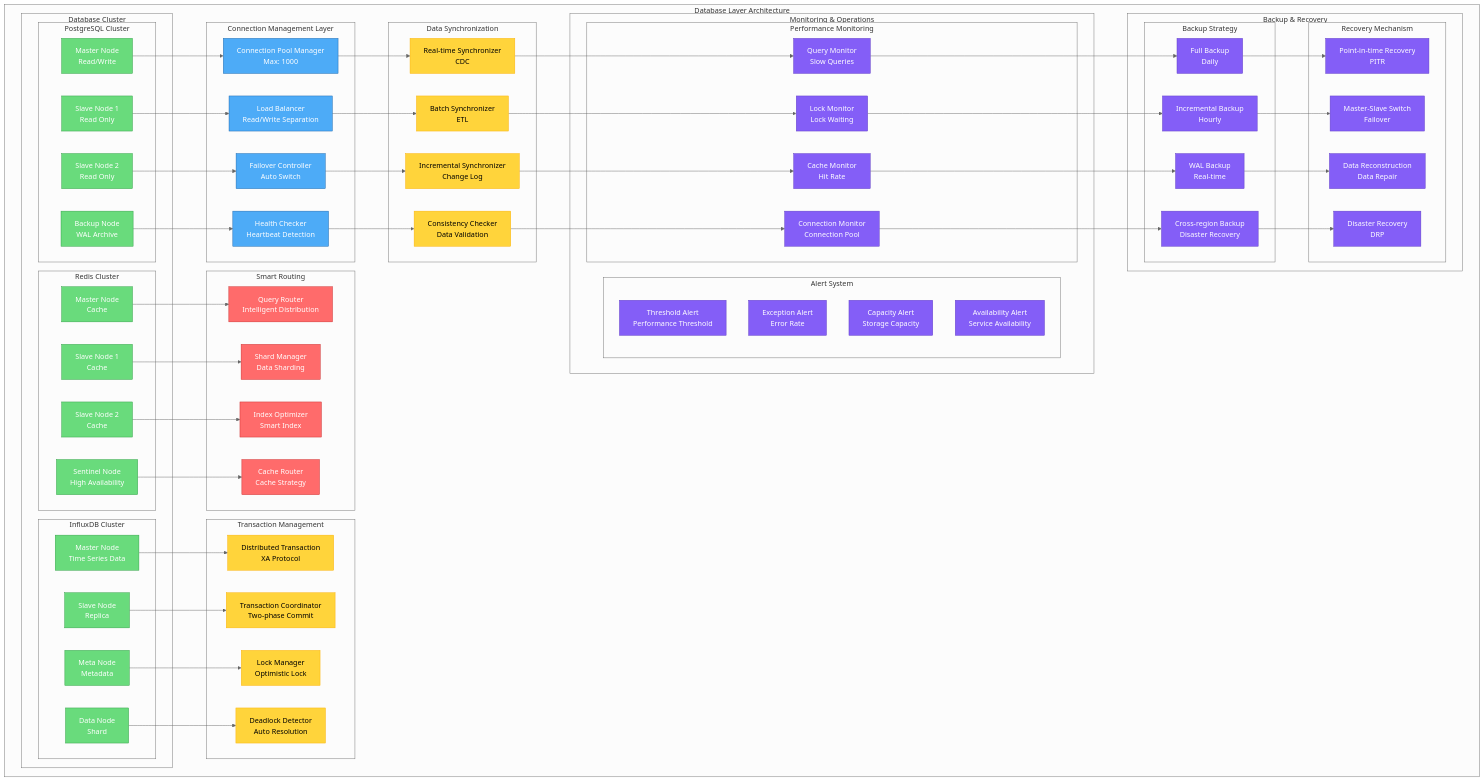
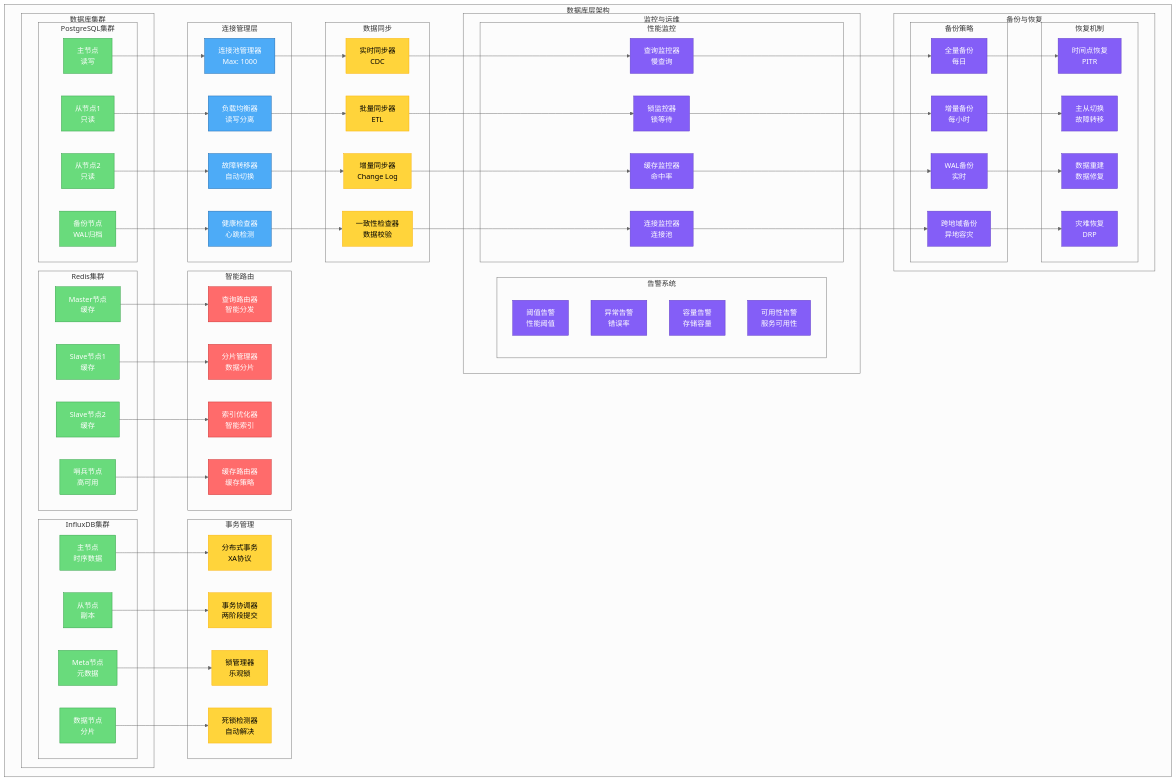
Before and after one commit to zcxGGmu/DeepAlpha: the tenth of 12 diagrams in README.zh.md, drawn with Mermaid (neutral theme). The commit also changed other lines of this file and 1 other file, not shown here.

````diff
--- a/README.zh.md
+++ b/README.zh.md
@@ -1193,86 +1192,86 @@
 ```mermaid
 graph TB
-    subgraph "Database Layer Architecture"
-        subgraph "Database Cluster"
-            subgraph "PostgreSQL Cluster"
-                PG1[Master Node<br/>Read/Write]
-                PG2[Slave Node 1<br/>Read Only]
-                PG3[Slave Node 2<br/>Read Only]
-                PG4[Backup Node<br/>WAL Archive]
+    subgraph "数据库层架构"
+        subgraph "数据库集群"
+            subgraph "PostgreSQL集群"
+                PG1[主节点<br/>读写]
+                PG2[从节点1<br/>只读]
+                PG3[从节点2<br/>只读]
+                PG4[备份节点<br/>WAL归档]
             end
 
-            subgraph "Redis Cluster"
-                RD1[Master Node<br/>Cache]
-                RD2[Slave Node 1<br/>Cache]
-                RD3[Slave Node 2<br/>Cache]
-                RD4[Sentinel Node<br/>High Availability]
+            subgraph "Redis集群"
+                RD1[Master节点<br/>缓存]
+                RD2[Slave节点1<br/>缓存]
+                RD3[Slave节点2<br/>缓存]
+                RD4[哨兵节点<br/>高可用]
             end
 
-            subgraph "InfluxDB Cluster"
-                ID1[Master Node<br/>Time Series Data]
-                ID2[Slave Node<br/>Replica]
-                ID3[Meta Node<br/>Metadata]
-                ID4[Data Node<br/>Shard]
+            subgraph "InfluxDB集群"
+                ID1[主节点<br/>时序数据]
+                ID2[从节点<br/>副本]
+                ID3[Meta节点<br/>元数据]
+                ID4[数据节点<br/>分片]
             end
         end
 
-        subgraph "Connection Management Layer"
-            CM1[Connection Pool Manager<br/>Max: 1000]
-            CM2[Load Balancer<br/>Read/Write Separation]
-            CM3[Failover Controller<br/>Auto Switch]
-            CM4[Health Checker<br/>Heartbeat Detection]
+        subgraph "连接管理层"
+            CM1[连接池管理器<br/>Max: 1000]
+            CM2[负载均衡器<br/>读写分离]
+            CM3[故障转移器<br/>自动切换]
+            CM4[健康检查器<br/>心跳检测]
         end
 
-        subgraph "Smart Routing"
-            IR1[Query Router<br/>Intelligent Distribution]
-            IR2[Shard Manager<br/>Data Sharding]
-            IR3[Index Optimizer<br/>Smart Index]
-            IR4[Cache Router<br/>Cache Strategy]
+        subgraph "智能路由"
+            IR1[查询路由器<br/>智能分发]
+            IR2[分片管理器<br/>数据分片]
+            IR3[索引优化器<br/>智能索引]
+            IR4[缓存路由器<br/>缓存策略]
         end
 
-        subgraph "Transaction Management"
-            TM1[Distributed Transaction<br/>XA Protocol]
-            TM2[Transaction Coordinator<br/>Two-phase Commit]
-            TM3[Lock Manager<br/>Optimistic Lock]
-            TM4[Deadlock Detector<br/>Auto Resolution]
+        subgraph "事务管理"
+            TM1[分布式事务<br/>XA协议]
+            TM2[事务协调器<br/>两阶段提交]
+            TM3[锁管理器<br/>乐观锁]
+            TM4[死锁检测器<br/>自动解决]
         end
 
-        subgraph "Data Synchronization"
-            DS1[Real-time Synchronizer<br/>CDC]
-            DS2[Batch Synchronizer<br/>ETL]
-            DS3[Incremental Synchronizer<br/>Change Log]
-            DS4[Consistency Checker<br/>Data Validation]
+        subgraph "数据同步"
+            DS1[实时同步器<br/>CDC]
+            DS2[批量同步器<br/>ETL]
+            DS3[增量同步器<br/>Change Log]
+            DS4[一致性检查器<br/>数据校验]
         end
 
-        subgraph "Monitoring & Operations"
-            subgraph "Performance Monitoring"
-                PM1[Query Monitor<br/>Slow Queries]
-                PM2[Lock Monitor<br/>Lock Waiting]
-                PM3[Cache Monitor<br/>Hit Rate]
-                PM4[Connection Monitor<br/>Connection Pool]
+        subgraph "监控与运维"
+            subgraph "性能监控"
+                PM1[查询监控器<br/>慢查询]
+                PM2[锁监控器<br/>锁等待]
+                PM3[缓存监控器<br/>命中率]
+                PM4[连接监控器<br/>连接池]
             end
 
-            subgraph "Alert System"
-                AL1[Threshold Alert<br/>Performance Threshold]
-                AL2[Exception Alert<br/>Error Rate]
-                AL3[Capacity Alert<br/>Storage Capacity]
-                AL4[Availability Alert<br/>Service Availability]
+            subgraph "告警系统"
+                AL1[阈值告警<br/>性能阈值]
+                AL2[异常告警<br/>错误率]
+                AL3[容量告警<br/>存储容量]
+                AL4[可用性告警<br/>服务可用性]
             end
         end
 
-        subgraph "Backup & Recovery"
-            subgraph "Backup Strategy"
-                BK1[Full Backup<br/>Daily]
-                BK2[Incremental Backup<br/>Hourly]
-                BK3[WAL Backup<br/>Real-time]
-                BK4[Cross-region Backup<br/>Disaster Recovery]
+        subgraph "备份与恢复"
+            subgraph "备份策略"
+                BK1[全量备份<br/>每日]
+                BK2[增量备份<br/>每小时]
+                BK3[WAL备份<br/>实时]
+                BK4[跨地域备份<br/>异地容灾]
             end
 
-            subgraph "Recovery Mechanism"
-                RC1[Point-in-time Recovery<br/>PITR]
-                RC2[Master-Slave Switch<br/>Failover]
-                RC3[Data Reconstruction<br/>Data Repair]
-                RC4[Disaster Recovery<br/>DRP]
+            subgraph "恢复机制"
+                RC1[时间点恢复<br/>PITR]
+                RC2[主从切换<br/>故障转移]
+                RC3[数据重建<br/>数据修复]
+                RC4[灾难恢复<br/>DRP]
             end
         end
     end
````
